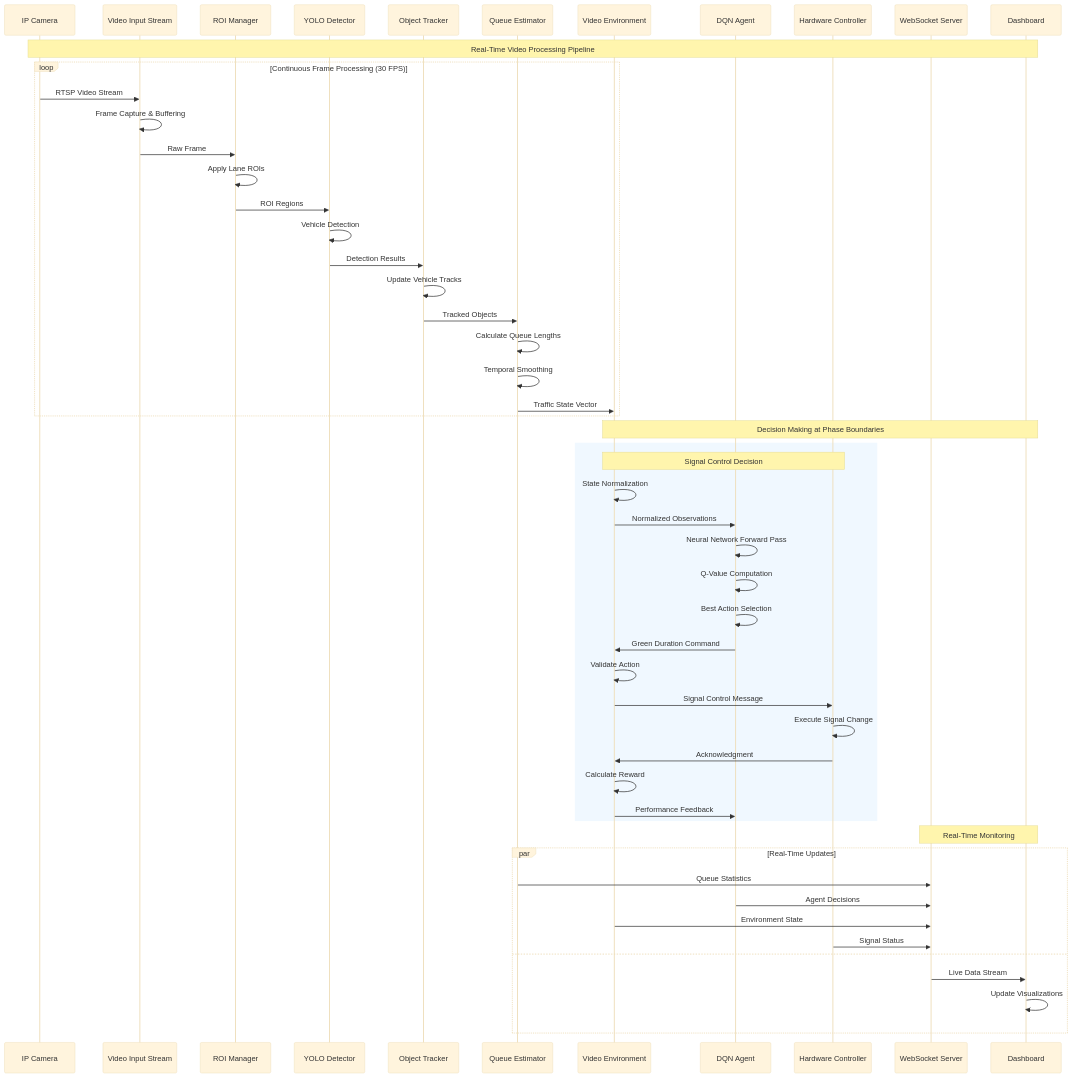
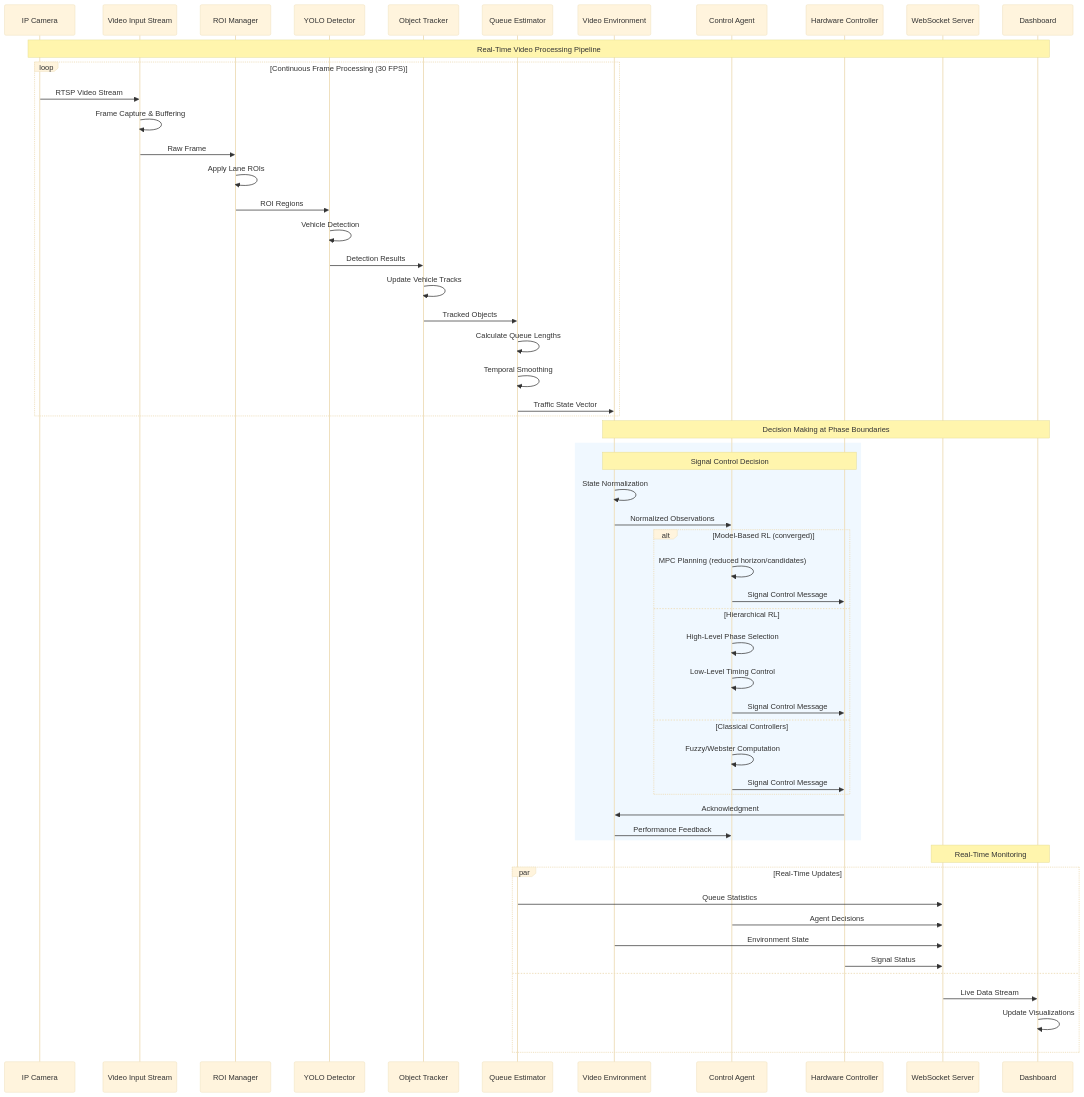
The third of 6 diagrams in sequence_diagram.md (Bobbymkr/Projects), drawn with Mermaid (base theme) before and after one commit. The commit also changed other lines of this file and 16 other files, not shown here.

````diff
--- a/sequence_diagram.md
+++ b/sequence_diagram.md
@@ -143,66 +136,68 @@
 ```mermaid
 sequenceDiagram
     participant CAM as IP Camera
     participant VIS as Video Input Stream
     participant ROI as ROI Manager
     participant YOLO as YOLO Detector
     participant TRACK as Object Tracker
     participant QE as Queue Estimator
     participant VE as Video Environment
-    participant DQN as DQN Agent
+    participant AG as Control Agent
     participant HC as Hardware Controller
     participant WS as WebSocket Server
     participant DASH as Dashboard
 
     Note over CAM, DASH: Real-Time Video Processing Pipeline
     
     loop Continuous Frame Processing (30 FPS)
         CAM->>VIS: RTSP Video Stream
         VIS->>VIS: Frame Capture & Buffering
         VIS->>ROI: Raw Frame
         ROI->>ROI: Apply Lane ROIs
         ROI->>YOLO: ROI Regions
         
         YOLO->>YOLO: Vehicle Detection
         YOLO->>TRACK: Detection Results
         TRACK->>TRACK: Update Vehicle Tracks
         TRACK->>QE: Tracked Objects
         
         QE->>QE: Calculate Queue Lengths
         QE->>QE: Temporal Smoothing
         QE->>VE: Traffic State Vector
     end
     
     Note over VE, DASH: Decision Making at Phase Boundaries
     
     rect rgb(240, 248, 255)
         Note over VE, HC: Signal Control Decision
         VE->>VE: State Normalization
-        VE->>DQN: Normalized Observations
+        VE->>AG: Normalized Observations
         
-        DQN->>DQN: Neural Network Forward Pass
-        DQN->>DQN: Q-Value Computation
-        DQN->>DQN: Best Action Selection
-        DQN->>VE: Green Duration Command
+        alt Model-Based RL (converged)
+            AG->>AG: MPC Planning (reduced horizon/candidates)
+            AG->>HC: Signal Control Message
+        else Hierarchical RL
+            AG->>AG: High-Level Phase Selection
+            AG->>AG: Low-Level Timing Control
+            AG->>HC: Signal Control Message
+        else Classical Controllers
+            AG->>AG: Fuzzy/Webster Computation
+            AG->>HC: Signal Control Message
+        end
         
-        VE->>VE: Validate Action
-        VE->>HC: Signal Control Message
-        HC->>HC: Execute Signal Change
         HC->>VE: Acknowledgment
-        
-        VE->>VE: Calculate Reward
-        VE->>DQN: Performance Feedback
+        VE->>AG: Performance Feedback
     end
     
     Note over WS, DASH: Real-Time Monitoring
     
     par Real-Time Updates
         QE->>WS: Queue Statistics
-        DQN->>WS: Agent Decisions
+        AG->>WS: Agent Decisions
         VE->>WS: Environment State
         HC->>WS: Signal Status
     and
         WS->>DASH: Live Data Stream
         DASH->>DASH: Update Visualizations
     end
 ```
````
